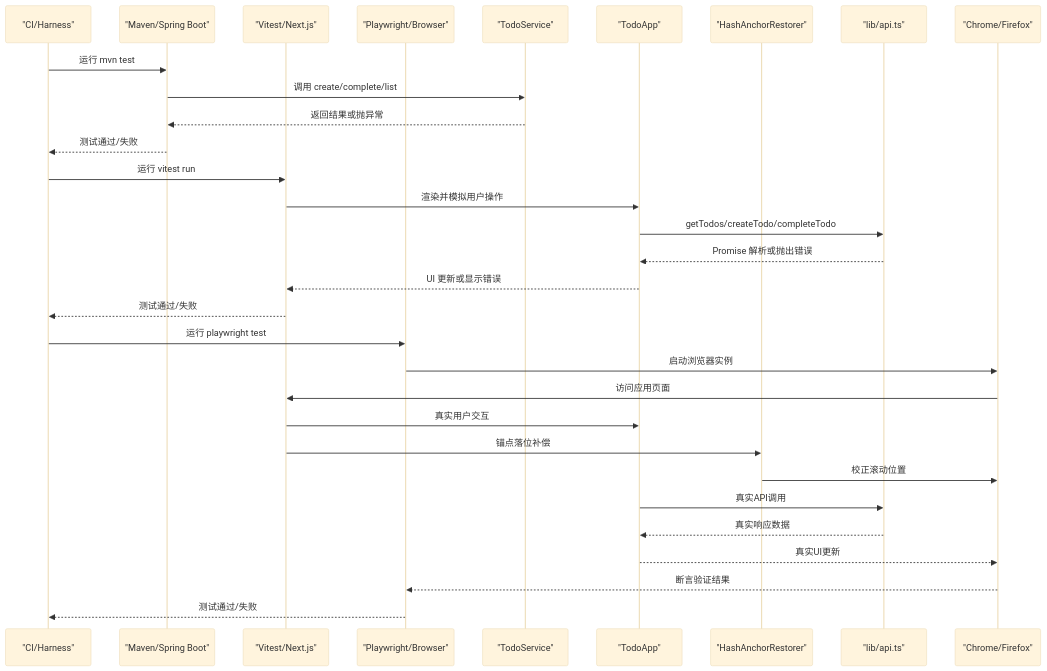
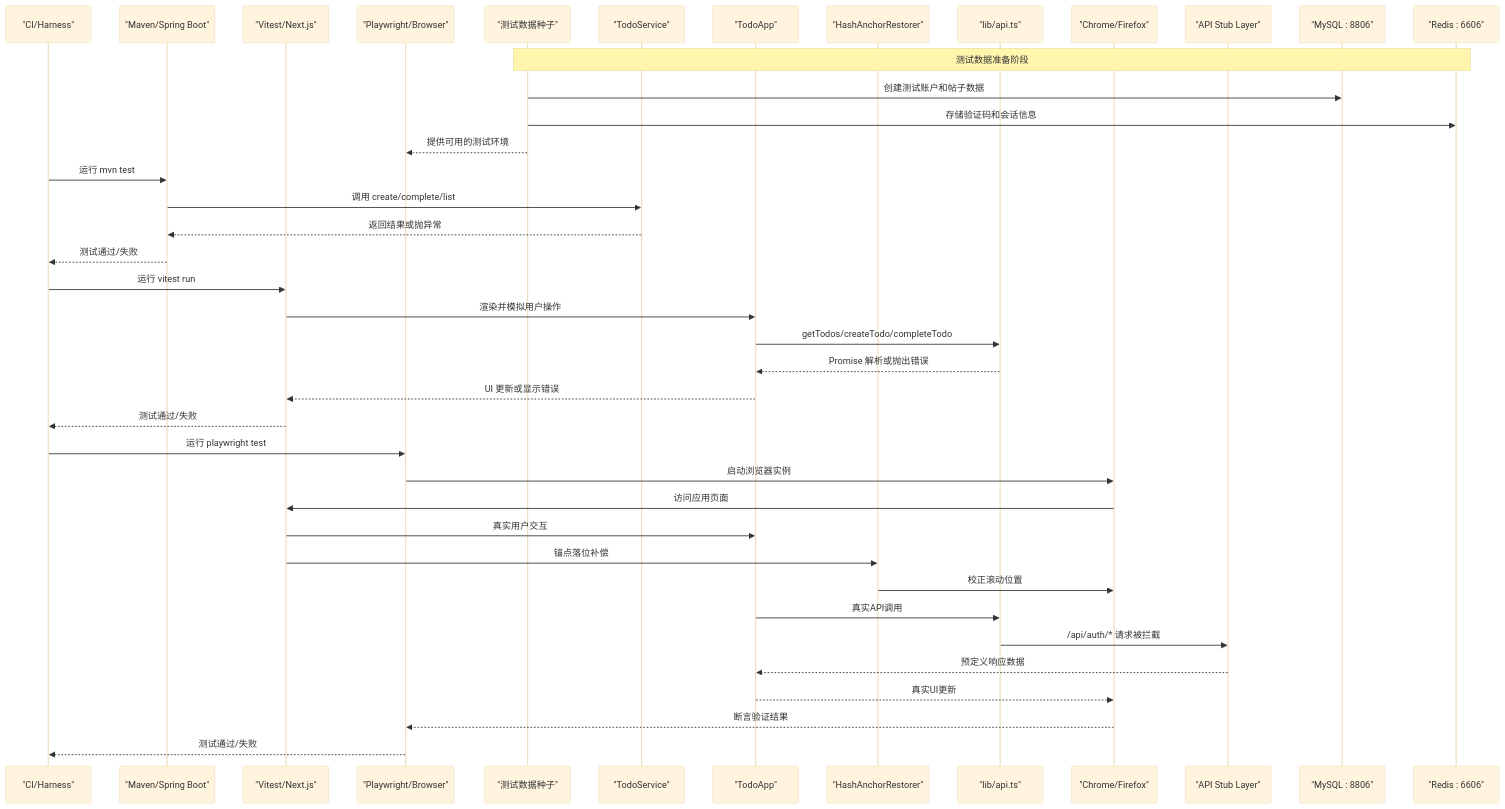
One commit to luyitiger6/my-first-project changed the second of 12 diagrams in .qoder/repowiki/zh/content/测试策略.md. Above: the diagram before and after it, drawn with Mermaid (base theme). The commit also changed other lines of this file and 54 other files, not shown here.

````diff
--- a/.qoder/repowiki/zh/content/测试策略.md
+++ b/.qoder/repowiki/zh/content/测试策略.md
@@ -165,33 +191,42 @@
 ```mermaid
 sequenceDiagram
 participant CI as "CI/Harness"
 participant Backend as "Maven/Spring Boot"
 participant Frontend as "Vitest/Next.js"
 participant E2E as "Playwright/Browser"
+participant Seed as "测试数据种子"
 participant Service as "TodoService"
 participant Component as "TodoApp"
 participant Anchor as "HashAnchorRestorer"
 participant ApiClient as "lib/api.ts"
 participant Browser as "Chrome/Firefox"
+participant AuthStub as "API Stub Layer"
+participant MySQL as "MySQL : 8806"
+participant Redis as "Redis : 6606"
+Note over Seed,Redis : 测试数据准备阶段
+Seed->>MySQL : 创建测试账户和帖子数据
+Seed->>Redis : 存储验证码和会话信息
+Seed-->>E2E : 提供可用的测试环境
 CI->>Backend : 运行 mvn test
 Backend->>Service : 调用 create/complete/list
 Service-->>Backend : 返回结果或抛异常
 Backend-->>CI : 测试通过/失败
 CI->>Frontend : 运行 vitest run
 Frontend->>Component : 渲染并模拟用户操作
 Component->>ApiClient : getTodos/createTodo/completeTodo
 ApiClient-->>Component : Promise 解析或抛出错误
 Component-->>Frontend : UI 更新或显示错误
 Frontend-->>CI : 测试通过/失败
 CI->>E2E : 运行 playwright test
 E2E->>Browser : 启动浏览器实例
 Browser->>Frontend : 访问应用页面
 Frontend->>Component : 真实用户交互
 Frontend->>Anchor : 锚点落位补偿
 Anchor->>Browser : 校正滚动位置
 Component->>ApiClient : 真实API调用
-ApiClient-->>Component : 真实响应数据
+ApiClient->>AuthStub : /api/auth/* 请求被拦截
+AuthStub-->>Component : 预定义响应数据
 Component-->>Browser : 真实UI更新
 Browser-->>E2E : 断言验证结果
 E2E-->>CI : 测试通过/失败
 ```
````
